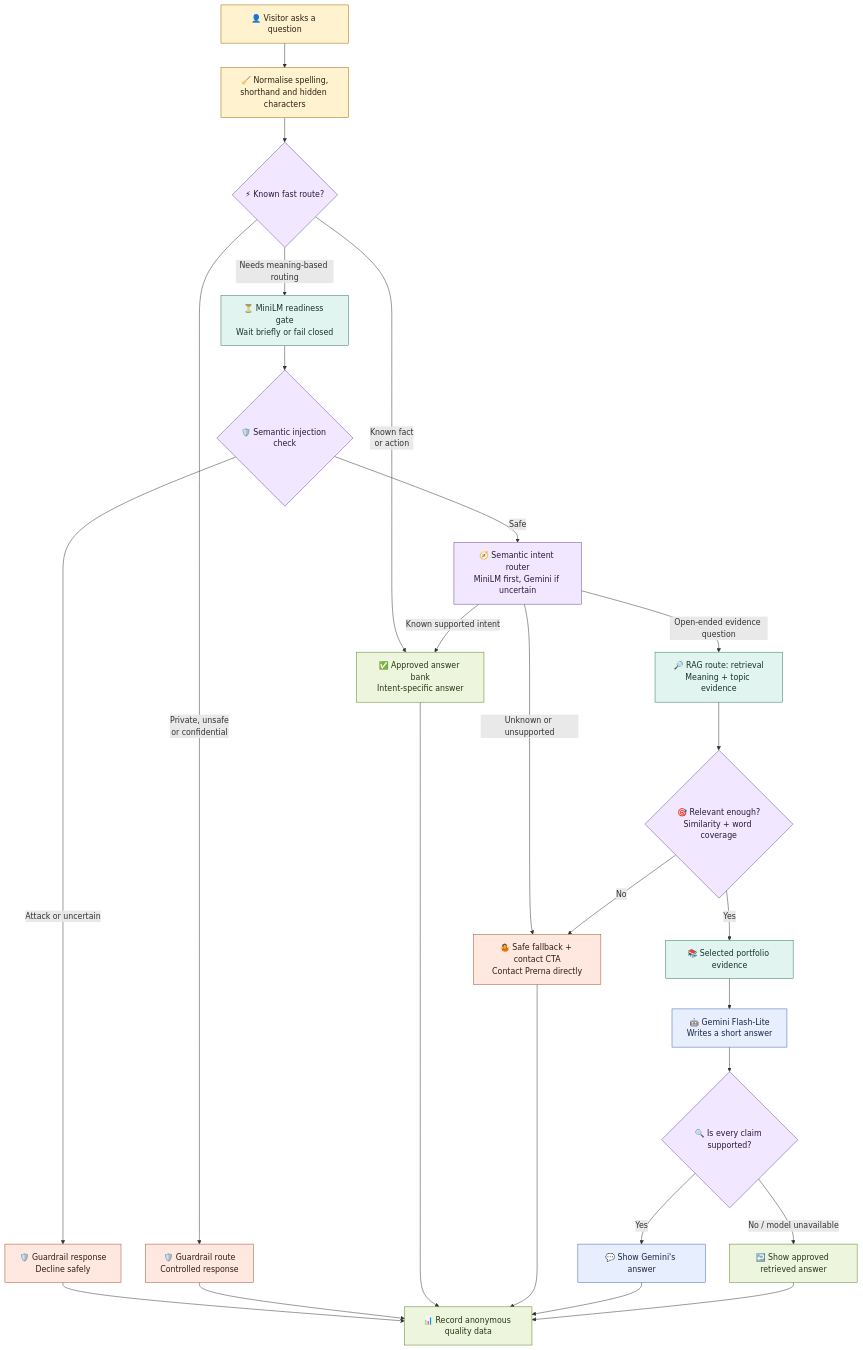
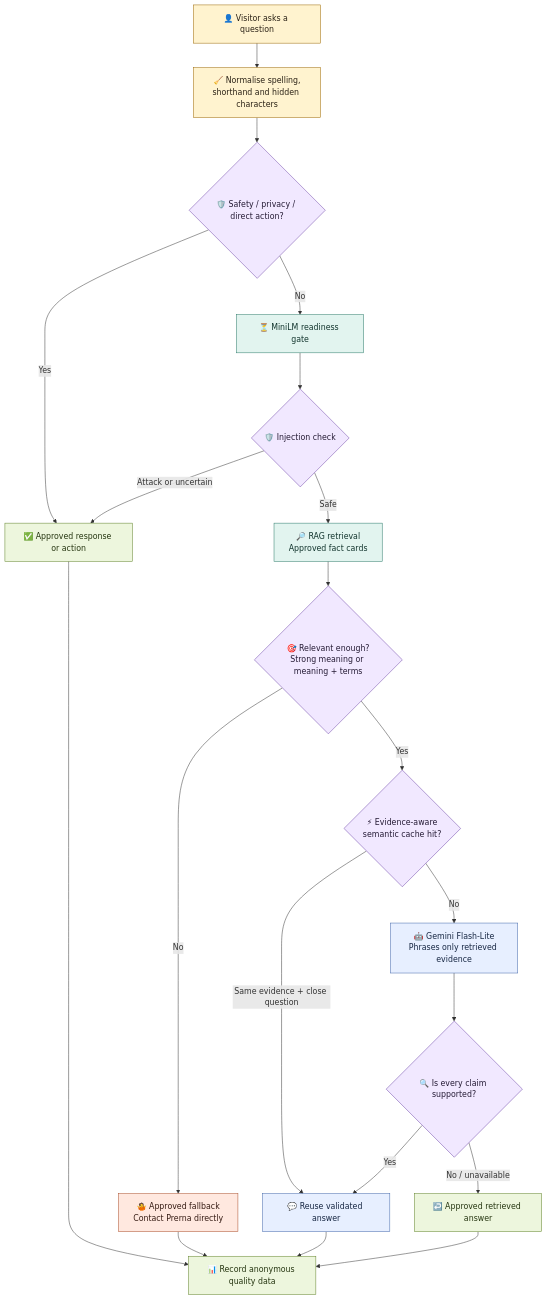
Before and after one commit to robona-pk/portfolio: the first of 2 diagrams in README.md, drawn with Mermaid. The commit also changed other lines of this file and 6 other files, not shown here.

Commit message:
Replace intent routing with evidence-aware RAG cache

````diff
--- a/README.md
+++ b/README.md
@@ -55,45 +55,36 @@
 ```mermaid
 flowchart TD
     A["👤 Visitor asks a question"] --> B["🧹 Normalise spelling,<br/>shorthand and hidden characters"]
-    B --> C{"⚡ Known fast route?"}
-
-    C -- "Known fact<br/>or action" --> G["✅ Deterministic route<br/>Approved answer"]
-    C -- "Private, unsafe<br/>or confidential" --> F["🛡️ Guardrail route<br/>Controlled response"]
-    C -- "Needs meaning-based routing" --> Q["⏳ MiniLM readiness gate<br/>Wait briefly or fail closed"]
-    Q --> E{"🛡️ Semantic injection check"}
-
-    E -- "Attack or uncertain" --> D["🛡️ Guardrail response<br/>Decline safely"]
-    E -- "Safe" --> R["🧭 Semantic intent router<br/>MiniLM first, Gemini if uncertain"]
-    R -- "Known supported intent" --> G["✅ Approved answer bank<br/>Intent-specific answer"]
-    R -- "Open-ended evidence question" --> H["🔎 RAG route: retrieval<br/>Meaning + topic evidence"]
-    R -- "Unknown or unsupported" --> I["🤷 Safe fallback + contact CTA<br/>Contact Prerna directly"]
-    H --> P{"🎯 Relevant enough?<br/>Similarity + word coverage"}
-    P -- "No" --> I["🤷 Safe fallback + contact CTA<br/>Contact Prerna directly"]
-    P -- "Yes" --> J["📚 Selected portfolio evidence"]
-
-    J --> K["🤖 Gemini Flash-Lite<br/>Writes a short answer"]
+    B --> S{"🛡️ Safety / privacy / direct action?"}
+    S -- "Yes" --> G["✅ Approved response or action"]
+    S -- "No" --> Q["⏳ MiniLM readiness gate"]
+    Q --> I{"🛡️ Injection check"}
+    I -- "Attack or uncertain" --> G
+    I -- "Safe" --> H["🔎 RAG retrieval<br/>Approved fact cards"]
+    H --> P{"🎯 Relevant enough?<br/>Strong meaning or meaning + terms"}
+    P -- "No" --> F["🤷 Approved fallback<br/>Contact Prerna directly"]
+    P -- "Yes" --> C{"⚡ Evidence-aware<br/>semantic cache hit?"}
+    C -- "Same evidence + close question" --> M["💬 Reuse validated answer"]
+    C -- "No" --> K["🤖 Gemini Flash-Lite<br/>Phrases only retrieved evidence"]
     K --> L{"🔍 Is every claim supported?"}
-    L -- "Yes" --> M["💬 Show Gemini's answer"]
-    L -- "No / model unavailable" --> N["↩️ Show approved retrieved answer"]
-
-    D --> O["📊 Record anonymous quality data"]
+    L -- "Yes" --> M
+    L -- "No / unavailable" --> N["↩️ Approved retrieved answer"]
+    G --> O["📊 Record anonymous quality data"]
     F --> O
-    G --> O
-    I --> O
     M --> O
     N --> O
 
     classDef visitor fill:#fff3cf,stroke:#9a6500,color:#2a2115;
     classDef decision fill:#f1e8ff,stroke:#6941a5,color:#251b35;
     classDef policy fill:#ffe8df,stroke:#a84a28,color:#351b13;
     classDef retrieval fill:#e2f4ef,stroke:#277766,color:#12342d;
     classDef ai fill:#e7efff,stroke:#3f64a8,color:#172743;
     classDef output fill:#edf6dd,stroke:#5d7f25,color:#263611;
 
     class A,B visitor;
-    class C,E,R,P,L decision;
-    class D,F,I policy;
-    class H,J,Q retrieval;
+    class S,I,P,C,L decision;
+    class F,G policy;
+    class H,Q retrieval;
     class K,M ai;
     class G,N,O output;
 ```
````
